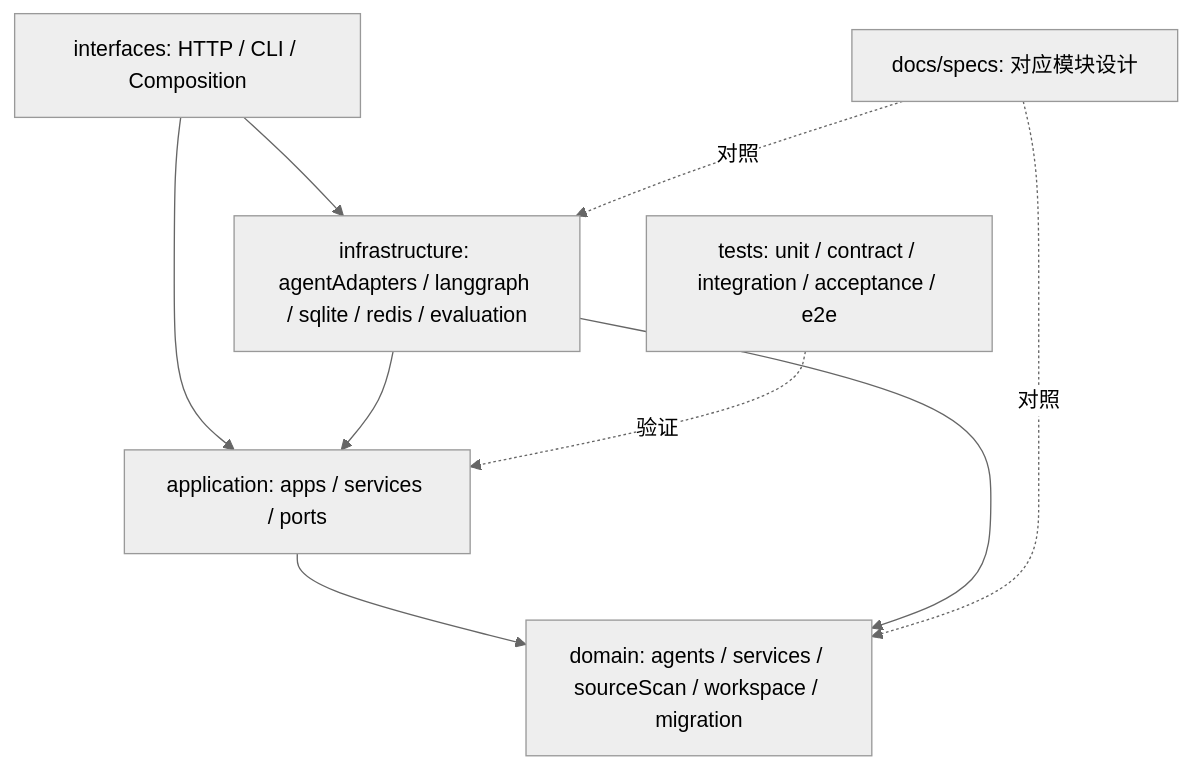
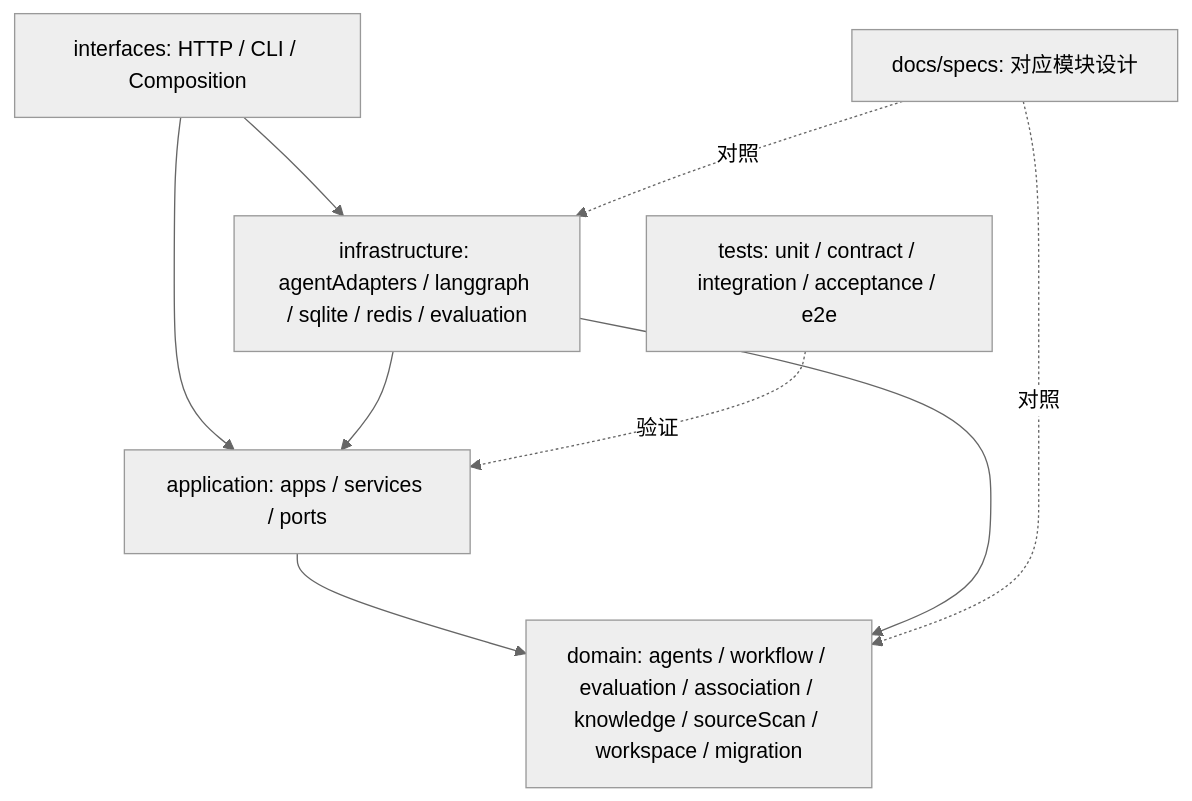
One commit to linlisWorkTeam/domain-knowledge changed the second of 5 diagrams in docs/diagrams/Views4Plus1.md. Above: the diagram before and after it, drawn with Mermaid (neutral theme). The commit also changed 47 other files, not shown here.

Commit message:
refactor: organize Domain by business feature and remove services grouping (#37)

````diff
--- a/docs/diagrams/Views4Plus1.md
+++ b/docs/diagrams/Views4Plus1.md
@@ -29,11 +29,11 @@
 ```mermaid
 flowchart TB
   I[interfaces: HTTP / CLI / Composition] --> A[application: apps / services / ports]
-  A --> D[domain: agents / services / sourceScan / workspace / migration]
+  A --> D[domain: agents / workflow / evaluation / association / knowledge / sourceScan / workspace / migration]
   I --> F[infrastructure: agentAdapters / langgraph / sqlite / redis / evaluation]
   F --> A
   F --> D
   S[docs/specs: 对应模块设计] -. 对照 .-> D
   S -. 对照 .-> F
   T[tests: unit / contract / integration / acceptance / e2e] -. 验证 .-> A
 ```
````
